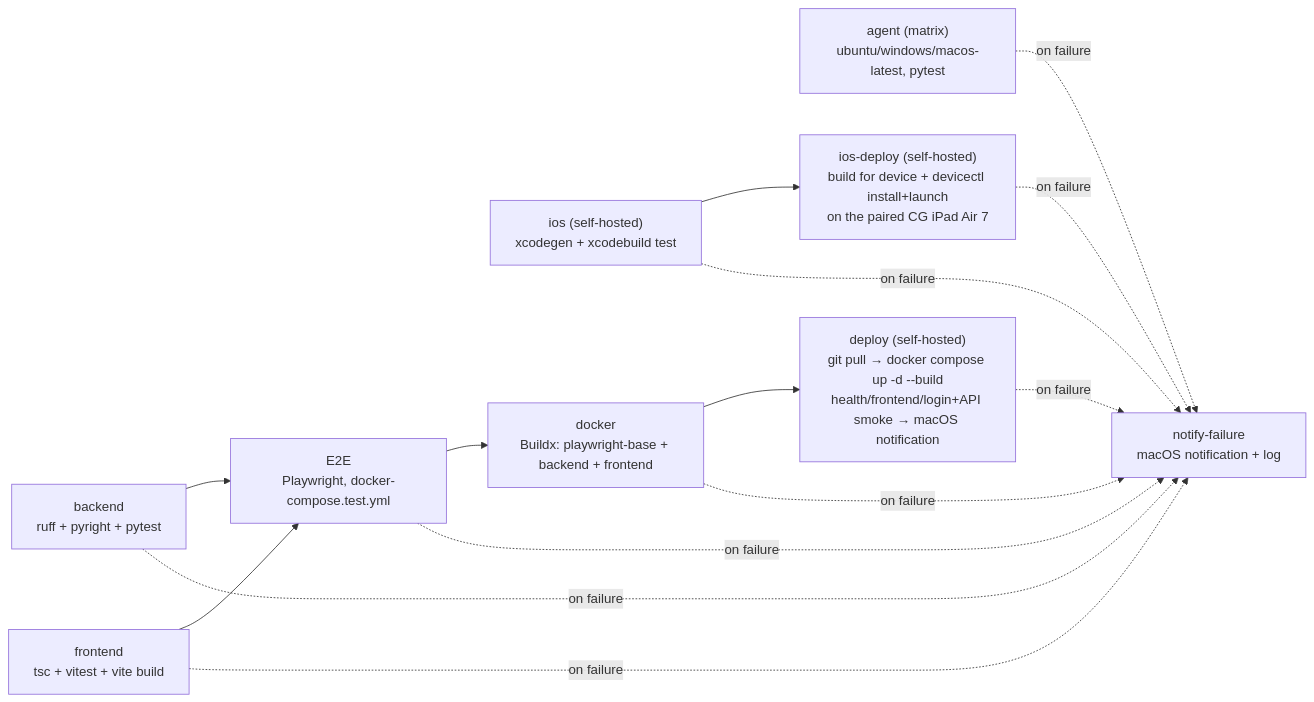
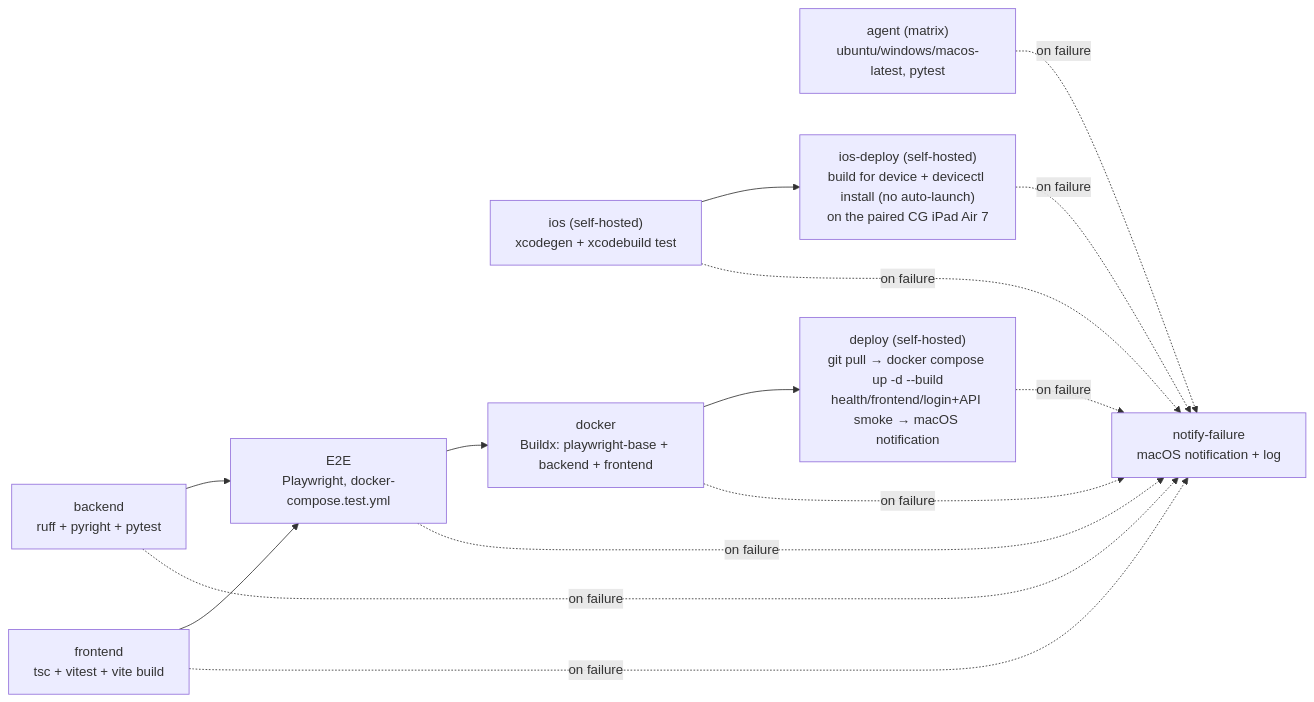
The ninth of 9 diagrams in docs/ARCHITECTURE.md (EGulinsky/rapport), drawn with Mermaid before and after one commit. The commit also changed other lines of this file and 2 other files, not shown here.

Commit message:
iOS CI: deploy job installs but no longer auto-launches the app
The ios-deploy job forced the app to the foreground on the paired iPad
on every single push, interrupting whatever was on screen. It now only
installs the updated build; opening it is left to the user. Same change
reflected in README's manual redeploy instructions (launch step now
commented as optional) and ARCHITECTURE.md's CI/CD table + diagram.

````diff
--- a/docs/ARCHITECTURE.md
+++ b/docs/ARCHITECTURE.md
@@ -872,18 +872,18 @@
 ```mermaid
 flowchart LR
     A[backend<br/>ruff + pyright + pytest] --> E[E2E<br/>Playwright, docker-compose.test.yml]
     B[frontend<br/>tsc + vitest + vite build] --> E
     G["agent (matrix)<br/>ubuntu/windows/macos-latest, pytest"]
     I["ios (self-hosted)<br/>xcodegen + xcodebuild test"]
-    I --> J["ios-deploy (self-hosted)<br/>build for device + devicectl install+launch<br/>on the paired CG iPad Air 7"]
+    I --> J["ios-deploy (self-hosted)<br/>build for device + devicectl install (no auto-launch)<br/>on the paired CG iPad Air 7"]
     E --> C[docker<br/>Buildx: playwright-base + backend + frontend]
     C --> D["deploy (self-hosted)<br/>git pull → docker compose up -d --build<br/>health/frontend/login+API smoke → macOS notification"]
     D -.->|on failure| F[notify-failure<br/>macOS notification + log]
     A -.->|on failure| F
     B -.->|on failure| F
     G -.->|on failure| F
     I -.->|on failure| F
     J -.->|on failure| F
     E -.->|on failure| F
     C -.->|on failure| F
 ```
````
